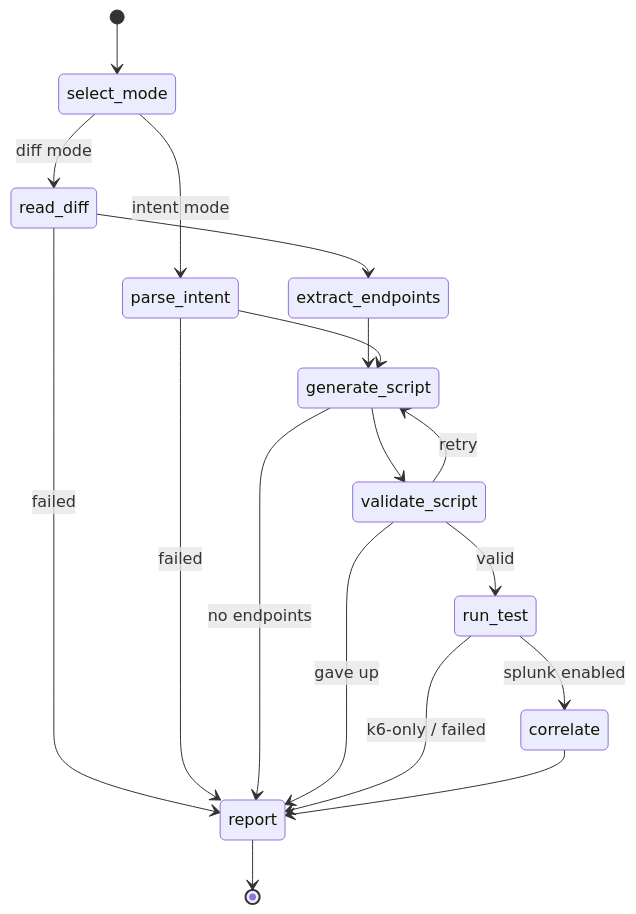
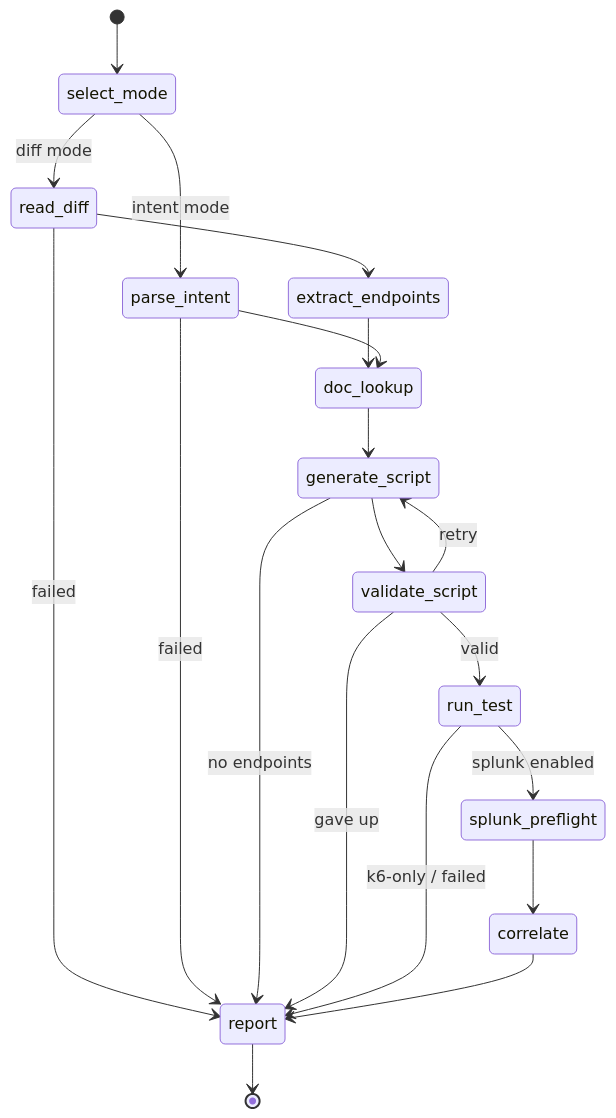
Before and after one commit to msradam/kassi: the diagram in README.md, drawn with Mermaid. The commit also changed other lines of this file and 15 other files, not shown here.

````diff
--- a/README.md
+++ b/README.md
@@ -110,20 +144,22 @@
 ```mermaid
 stateDiagram-v2
     [*] --> select_mode
     select_mode --> read_diff: diff mode
     select_mode --> parse_intent: intent mode
     read_diff --> extract_endpoints
     read_diff --> report: failed
-    extract_endpoints --> generate_script
-    parse_intent --> generate_script
+    extract_endpoints --> doc_lookup
+    parse_intent --> doc_lookup
     parse_intent --> report: failed
+    doc_lookup --> generate_script
     generate_script --> validate_script
     generate_script --> report: no endpoints
     validate_script --> generate_script: retry
     validate_script --> run_test: valid
     validate_script --> report: gave up
-    run_test --> correlate: splunk enabled
+    run_test --> splunk_preflight: splunk enabled
     run_test --> report: k6-only / failed
+    splunk_preflight --> correlate
     correlate --> report
     report --> [*]
 ```
````
